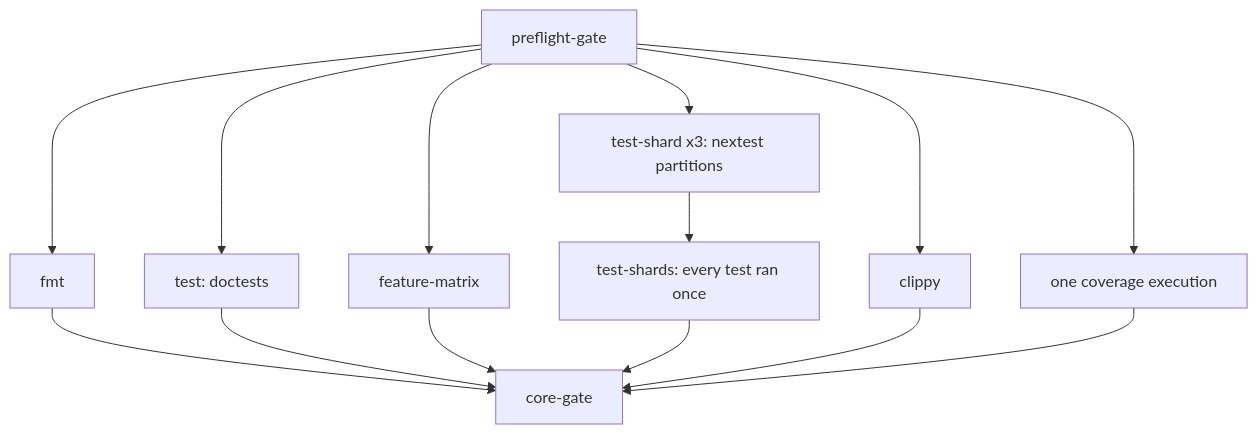
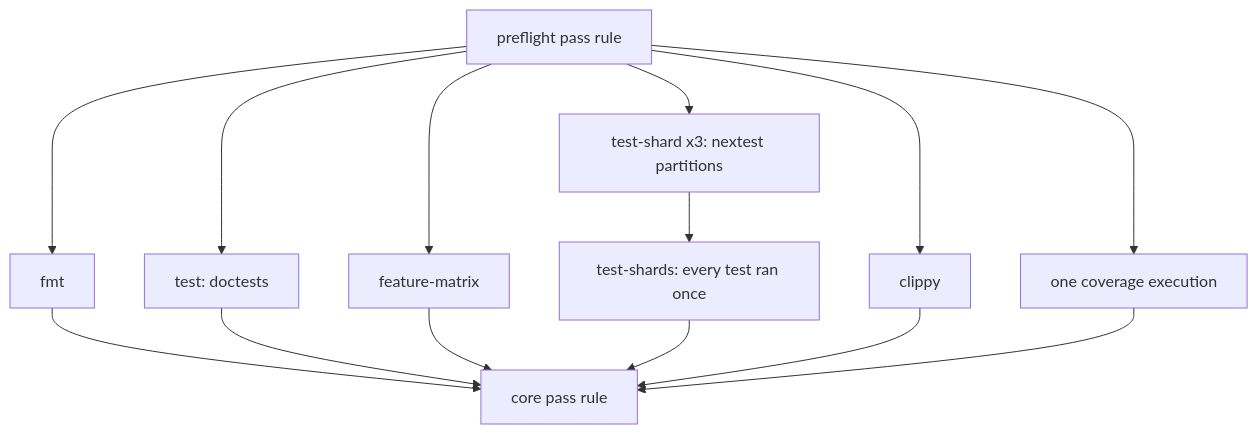
One commit to arceushui/pigloros changed the sixth of 14 diagrams in CONTRIBUTING.md. Above: the diagram before and after it, drawn with Mermaid. The commit also changed other lines of this file and 16 other files, not shown here.

````diff
--- a/CONTRIBUTING.md
+++ b/CONTRIBUTING.md
@@ -198,16 +204,16 @@
 ```mermaid
 flowchart TD
-    P["preflight-gate"] --> F["fmt"]
+    P["preflight pass rule"] --> F["fmt"]
     P --> T["test: doctests"]
     P --> M["feature-matrix"]
     P --> S["test-shard x3: nextest partitions"]
     P --> C["clippy"]
     P --> V["one coverage execution"]
     S --> A["test-shards: every test ran once"]
-    F --> G["core-gate"]
+    F --> G["core pass rule"]
     T --> G
     M --> G
     A --> G
     C --> G
     V --> G
 ```
````
